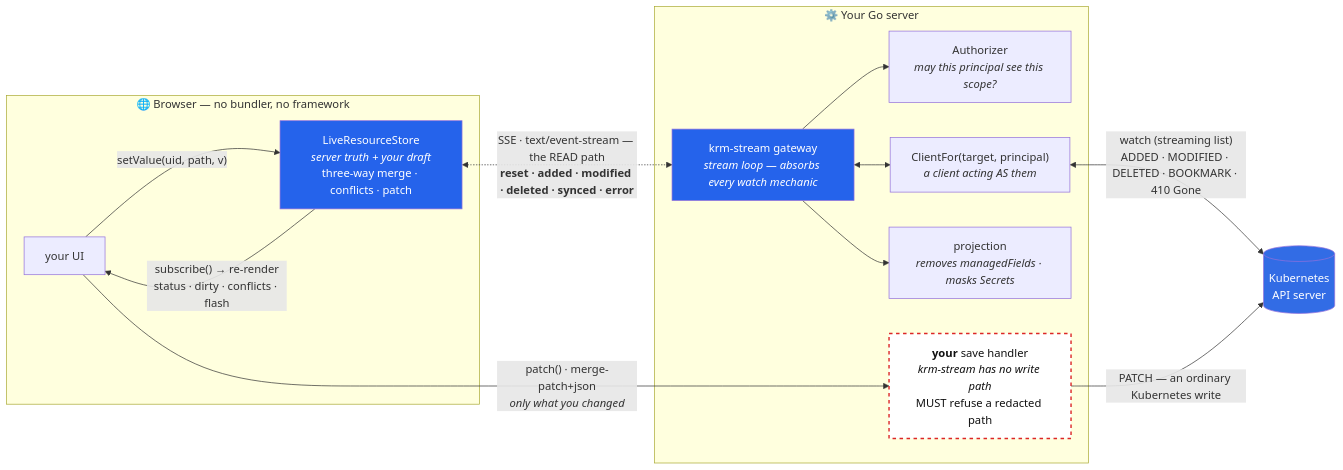
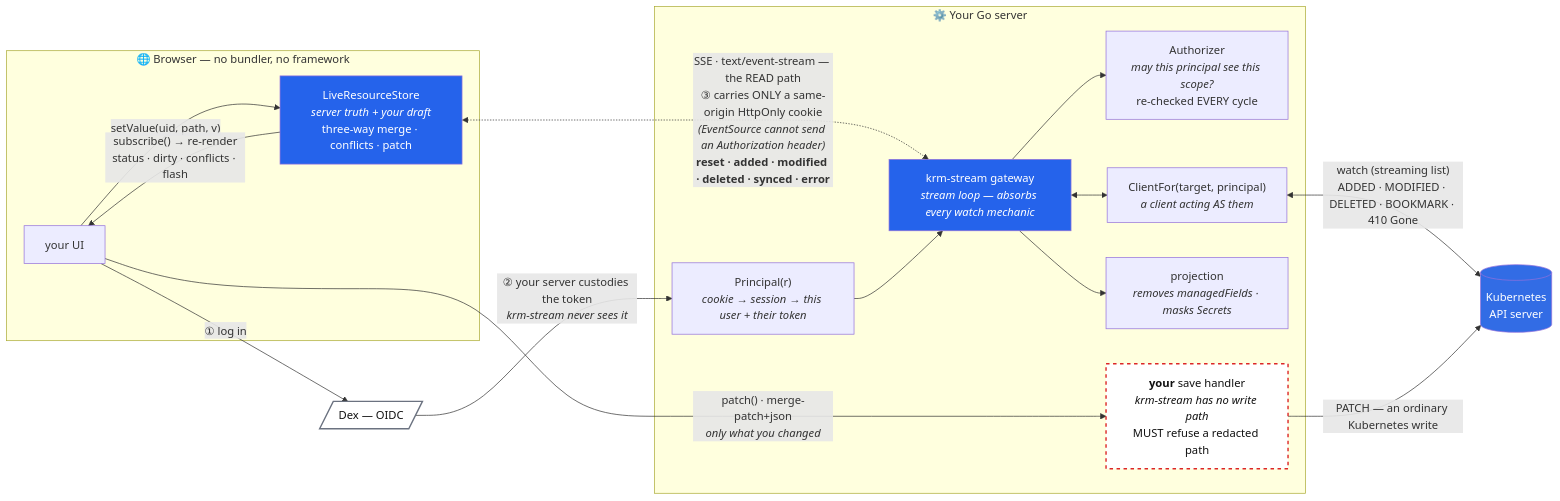
The first of 2 diagrams in README.md (ConfigButler/krm-stream), drawn with Mermaid before and after one commit. The commit also changed other lines of this file and 3 other files, not shown here.

````diff
--- a/README.md
+++ b/README.md
@@ -57,31 +57,38 @@
 ```mermaid
 flowchart LR
     subgraph browser["🌐 Browser — no bundler, no framework"]
         UI["your UI"]
         Store["LiveResourceStore<br/><i>server truth + your draft</i><br/>three-way merge · conflicts · patch"]
         UI -- "setValue(uid, path, v)" --> Store
         Store -- "subscribe() → re-render<br/>status · dirty · conflicts · flash" --> UI
     end
 
     subgraph gw["⚙️ Your Go server"]
+        Principal["Principal(r)<br/><i>cookie → session → this user + their token</i>"]
         Loop["krm-stream gateway<br/><i>stream loop — absorbs every watch mechanic</i>"]
-        Authz["Authorizer<br/><i>may this principal see this scope?</i>"]
+        Authz["Authorizer<br/><i>may this principal see this scope?</i><br/>re-checked EVERY cycle"]
         Client["ClientFor(target, principal)<br/><i>a client acting AS them</i>"]
         Proj["projection<br/><i>removes managedFields · masks Secrets</i>"]
         Save["<b>your</b> save handler<br/><i>krm-stream has no write path</i><br/>MUST refuse a redacted path"]
     end
 
+    Dex[/"Dex — OIDC"/]
     K8S[("Kubernetes<br/>API server")]
 
-    Store <-. "SSE · text/event-stream — the READ path<br/><b>reset · added · modified · deleted · synced · error</b>" .-> Loop
+    UI -- "① log in" --> Dex
+    Dex -- "② your server custodies the token<br/><i>krm-stream never sees it</i>" --> Principal
+
+    Store <-. "SSE · text/event-stream — the READ path<br/>③ carries ONLY a same-origin HttpOnly cookie<br/><i>(EventSource cannot send an Authorization header)</i><br/><b>reset · added · modified · deleted · synced · error</b>" .-> Loop
     UI -- "patch() · merge-patch+json<br/><i>only what you changed</i>" --> Save
+    Principal --> Loop
     Loop --> Authz & Proj
     Loop <--> Client
     Client <-- "watch (streaming list)<br/>ADDED · MODIFIED · DELETED · BOOKMARK · 410 Gone" --> K8S
     Save -- "PATCH — an ordinary Kubernetes write" --> K8S
 
     style Store fill:#2563eb,color:#fff
     style Loop fill:#2563eb,color:#fff
     style K8S fill:#326ce5,color:#fff
+    style Dex fill:#fff,color:#111,stroke:#6b7280,stroke-width:2px
     style Save fill:#fff,color:#111,stroke:#dc2626,stroke-width:2px,stroke-dasharray: 5 5
 ```
````
